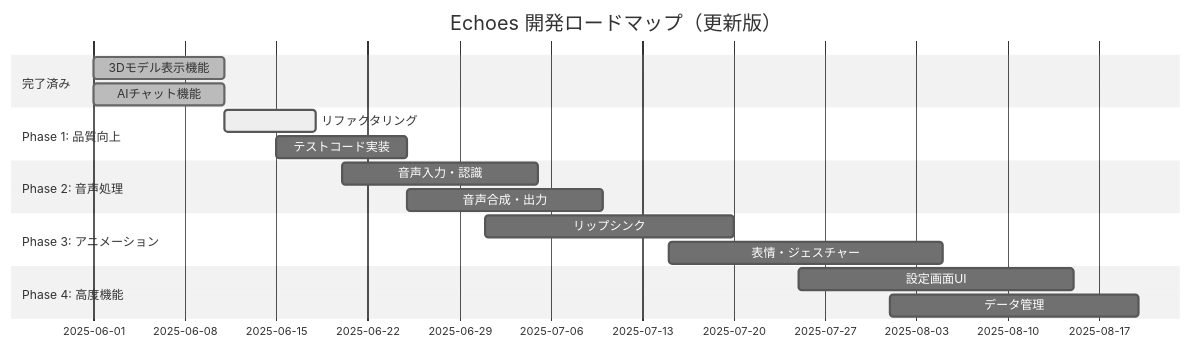
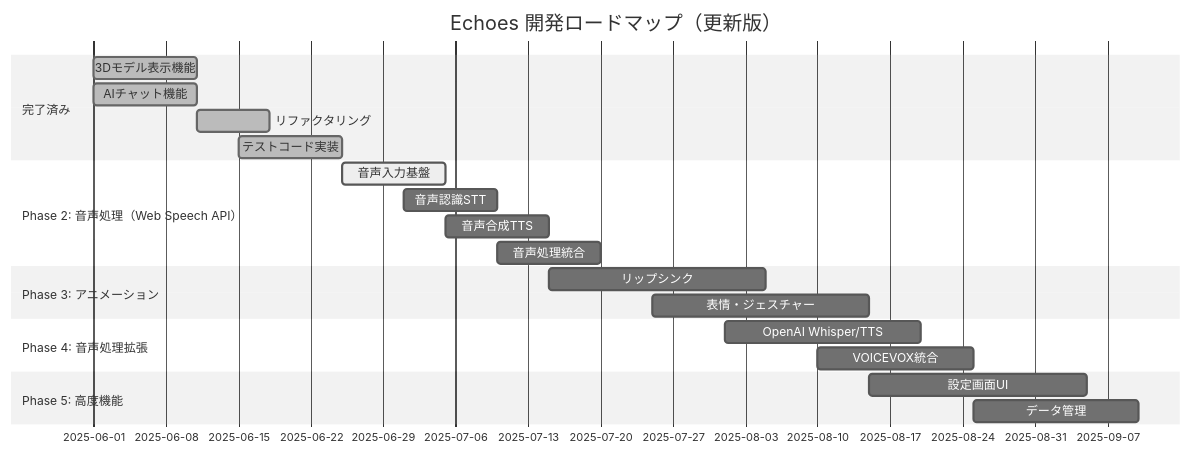
The seventh of 7 diagrams in docs/requirements/ai-model-app.md (lvncer/echoes), drawn with Mermaid (neutral theme) before and after one commit. The commit also changed other lines of this file and 1 other file, not shown here.

````diff
--- a/docs/requirements/ai-model-app.md
+++ b/docs/requirements/ai-model-app.md
@@ -436,24 +448,28 @@
 ```mermaid
 gantt
     title Echoes 開発ロードマップ（更新版）
     dateFormat  YYYY-MM-DD
     section 完了済み
     3Dモデル表示機能    :done, 3d, 2025-06-01, 2025-06-11
     AIチャット機能      :done, ai, 2025-06-01, 2025-06-11
+    リファクタリング    :done, refactor, 2025-06-11, 2025-06-18
+    テストコード実装    :done, test, 2025-06-15, 2025-06-25
 
-    section Phase 1: 品質向上
-    リファクタリング    :active, refactor, 2025-06-11, 2025-06-18
-    テストコード実装    :test, 2025-06-15, 2025-06-25
-
-    section Phase 2: 音声処理
-    音声入力・認識      :audio-in, 2025-06-20, 2025-07-05
-    音声合成・出力      :audio-out, 2025-06-25, 2025-07-10
+    section Phase 2: 音声処理（Web Speech API）
+    音声入力基盤        :active, audio-base, 2025-06-25, 2025-07-05
+    音声認識STT         :stt, 2025-07-01, 2025-07-10
+    音声合成TTS         :tts, 2025-07-05, 2025-07-15
+    音声処理統合        :audio-integration, 2025-07-10, 2025-07-20
 
     section Phase 3: アニメーション
-    リップシンク        :lipsync, 2025-07-01, 2025-07-20
-    表情・ジェスチャー  :animation, 2025-07-15, 2025-08-05
+    リップシンク        :lipsync, 2025-07-15, 2025-08-05
+    表情・ジェスチャー  :animation, 2025-07-25, 2025-08-15
 
-    section Phase 4: 高度機能
-    設定画面UI          :settings, 2025-07-25, 2025-08-15
-    データ管理          :data, 2025-08-01, 2025-08-20
+    section Phase 4: 音声処理拡張
+    OpenAI Whisper/TTS  :openai-audio, 2025-08-01, 2025-08-20
+    VOICEVOX統合        :voicevox, 2025-08-10, 2025-08-25
+
+    section Phase 5: 高度機能
+    設定画面UI          :settings, 2025-08-15, 2025-09-05
+    データ管理          :data, 2025-08-25, 2025-09-10
 ```
````
